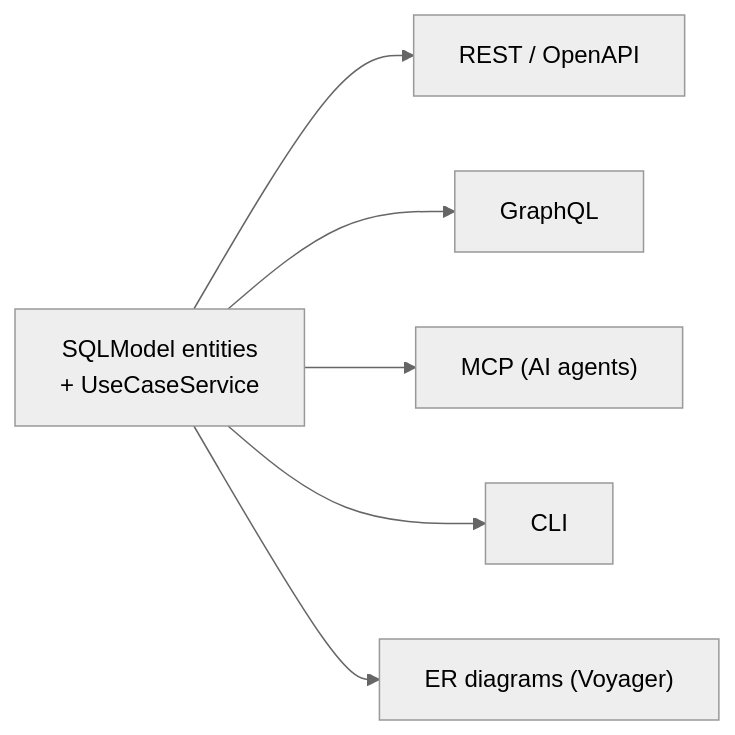
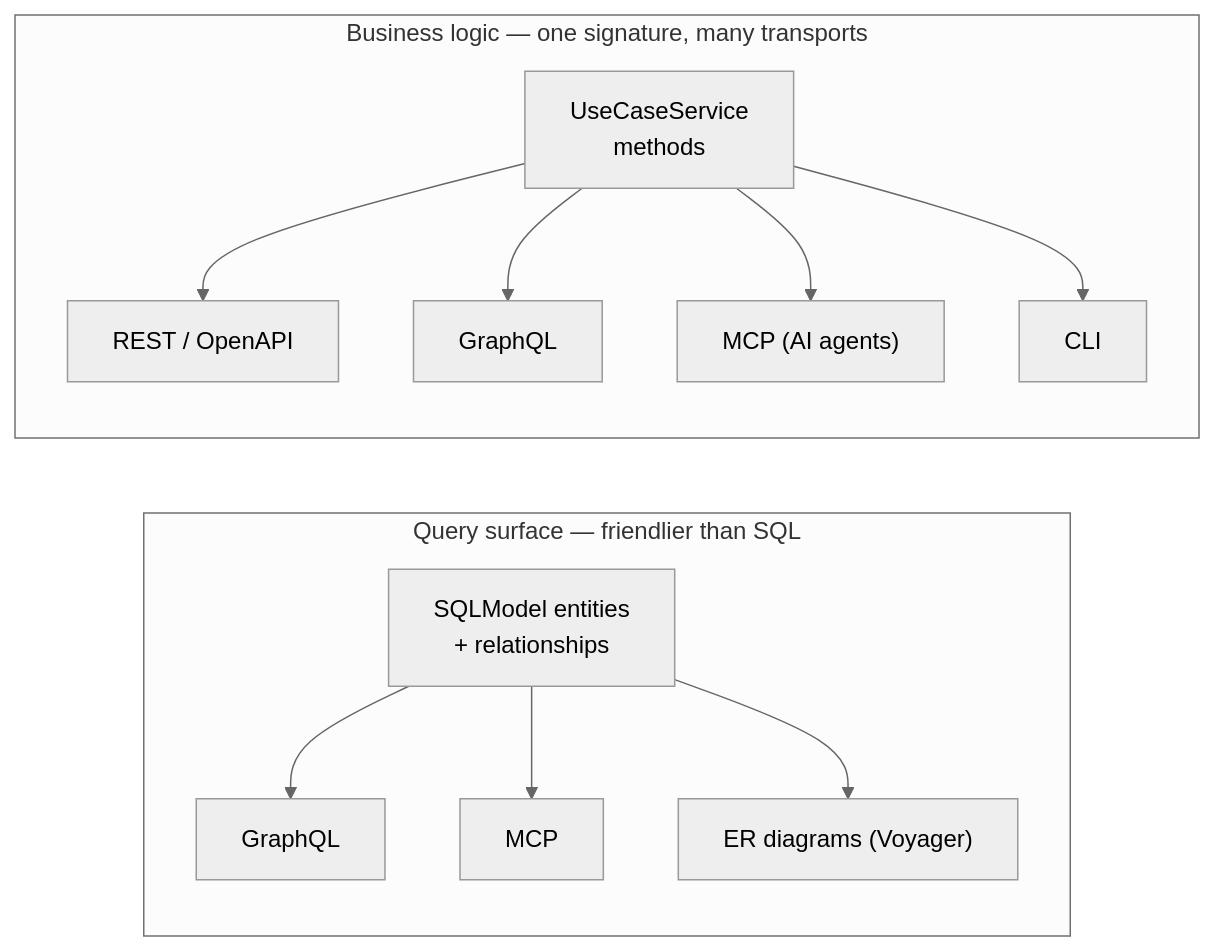
The diagram in README.md (KLR-Pattern/nexusx), drawn with Mermaid (neutral theme) before and after one commit. The commit also changed other lines of this file, not shown here.

First line of the commit message:
docs(readme): distinguish the two GraphQL surfaces, foreground query interface

````diff
--- a/README.md
+++ b/README.md
@@ -10,9 +10,16 @@
 ```mermaid
 flowchart LR
-    model["SQLModel entities<br/>+ UseCaseService"]
-    model --> rest["REST / OpenAPI"]
-    model --> graphql["GraphQL"]
-    model --> mcp["MCP (AI agents)"]
-    model --> cli["CLI"]
-    model --> er["ER diagrams (Voyager)"]
+    subgraph Query["Query surface — friendlier than SQL"]
+        e["SQLModel entities<br/>+ relationships"]
+        e --> gql1["GraphQL"]
+        e --> mcp1["MCP"]
+        e --> er["ER diagrams (Voyager)"]
+    end
+    subgraph Logic["Business logic — one signature, many transports"]
+        s["UseCaseService<br/>methods"]
+        s --> rest["REST / OpenAPI"]
+        s --> gql2["GraphQL"]
+        s --> mcp2["MCP (AI agents)"]
+        s --> cli["CLI"]
+    end
 ```
````
